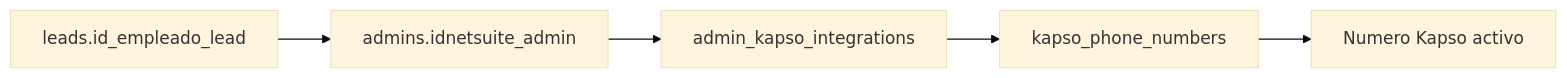
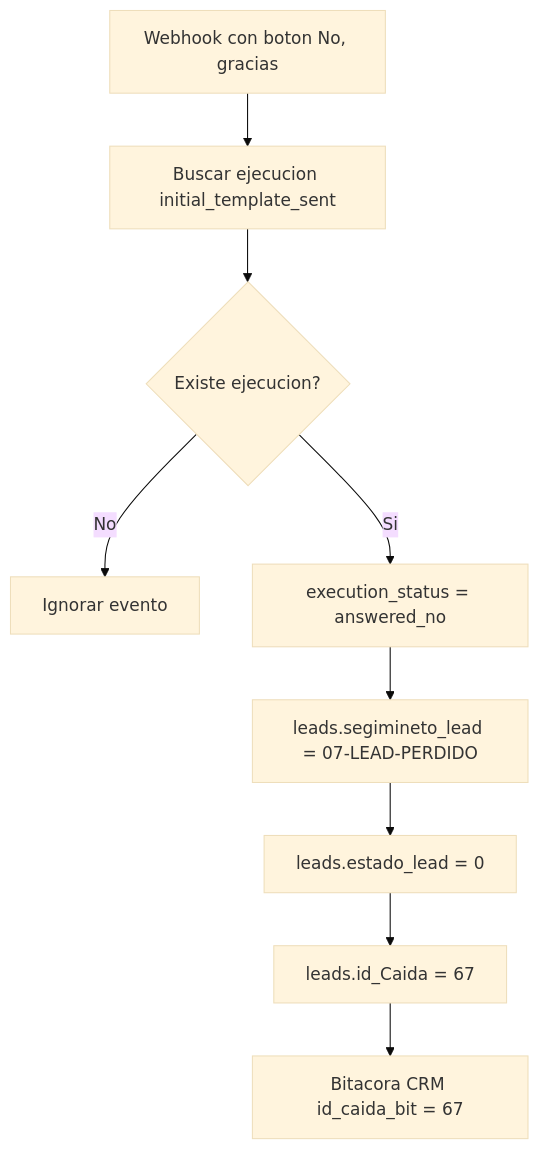
The fourth of 7 diagrams in README.md (roccacr/CRM_VENTAS), drawn with Mermaid (base theme) before and after one commit. The commit also changed other lines of this file and 15 other files, not shown here.

````diff
--- a/README.md
+++ b/README.md
@@ -255,7 +329,11 @@
 ```mermaid
-flowchart LR
-  A["leads.id_empleado_lead"] --> B["admins.idnetsuite_admin"]
-  B --> C["admin_kapso_integrations"]
-  C --> D["kapso_phone_numbers"]
-  D --> E["Numero Kapso activo"]
+flowchart TD
+  A["Webhook con boton No, gracias"] --> B["Buscar ejecucion initial_template_sent"]
+  B --> C{"Existe ejecucion?"}
+  C -- "No" --> X["Ignorar evento"]
+  C -- "Si" --> D["execution_status = answered_no"]
+  D --> E["leads.segimineto_lead = 07-LEAD-PERDIDO"]
+  E --> F["leads.estado_lead = 0"]
+  F --> G["leads.id_Caida = 67"]
+  G --> H["Bitacora CRM id_caida_bit = 67"]
 ```
````
